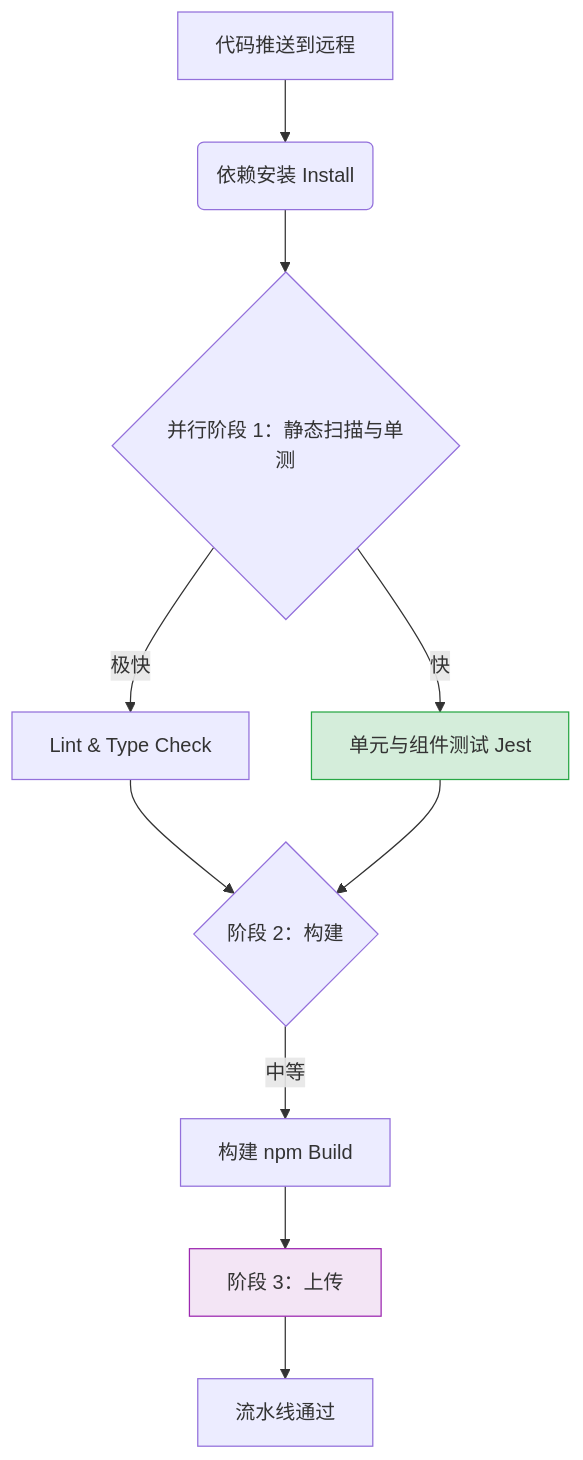
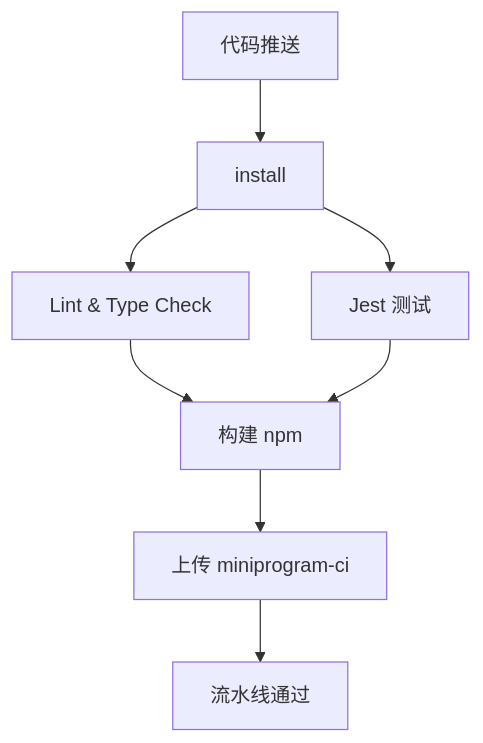
Before and after one commit to weihongyu12/miniprogram: the diagram in docs/pipeline/testing/README.md, drawn with Mermaid. The commit also changed other lines of this file and 3 other files, not shown here.

````diff
--- a/docs/pipeline/testing/README.md
+++ b/docs/pipeline/testing/README.md
@@ -343,15 +462,10 @@
 ```mermaid
 graph TD
-    A["代码推送到远程"] --> B(依赖安装 Install)
-    B --> C{"并行阶段 1：静态扫描与单测"}
-    C -->|极快| D[Lint & Type Check]
-    C -->|快| E["单元与组件测试 Jest"]
-    D --> F{"阶段 2：构建"}
-    E --> F
-    F -->|中等| G[构建 npm Build]
-    G --> H["阶段 3：上传"]
-    H --> I[流水线通过]
-
-    style E fill:#d4edda,stroke:#28a745
-    style H fill:#f3e5f5,stroke:#9c27b0
+    A[代码推送] --> B[install]
+    B --> C[Lint & Type Check]
+    B --> D[Jest 测试]
+    C --> E[构建 npm]
+    D --> E
+    E --> F[上传 miniprogram-ci]
+    F --> G[流水线通过]
 ```
````
